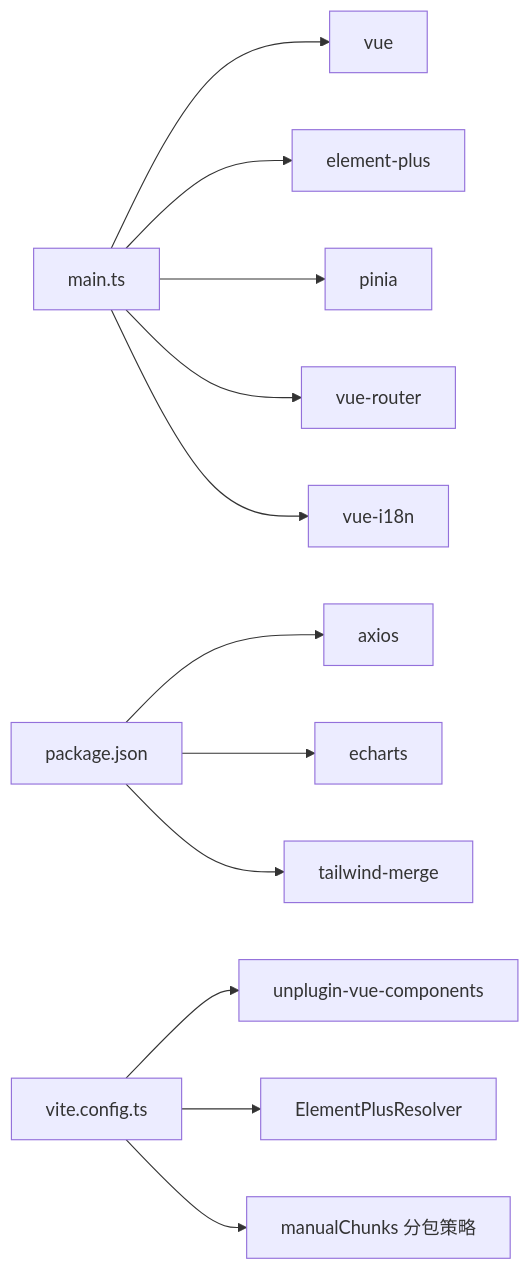
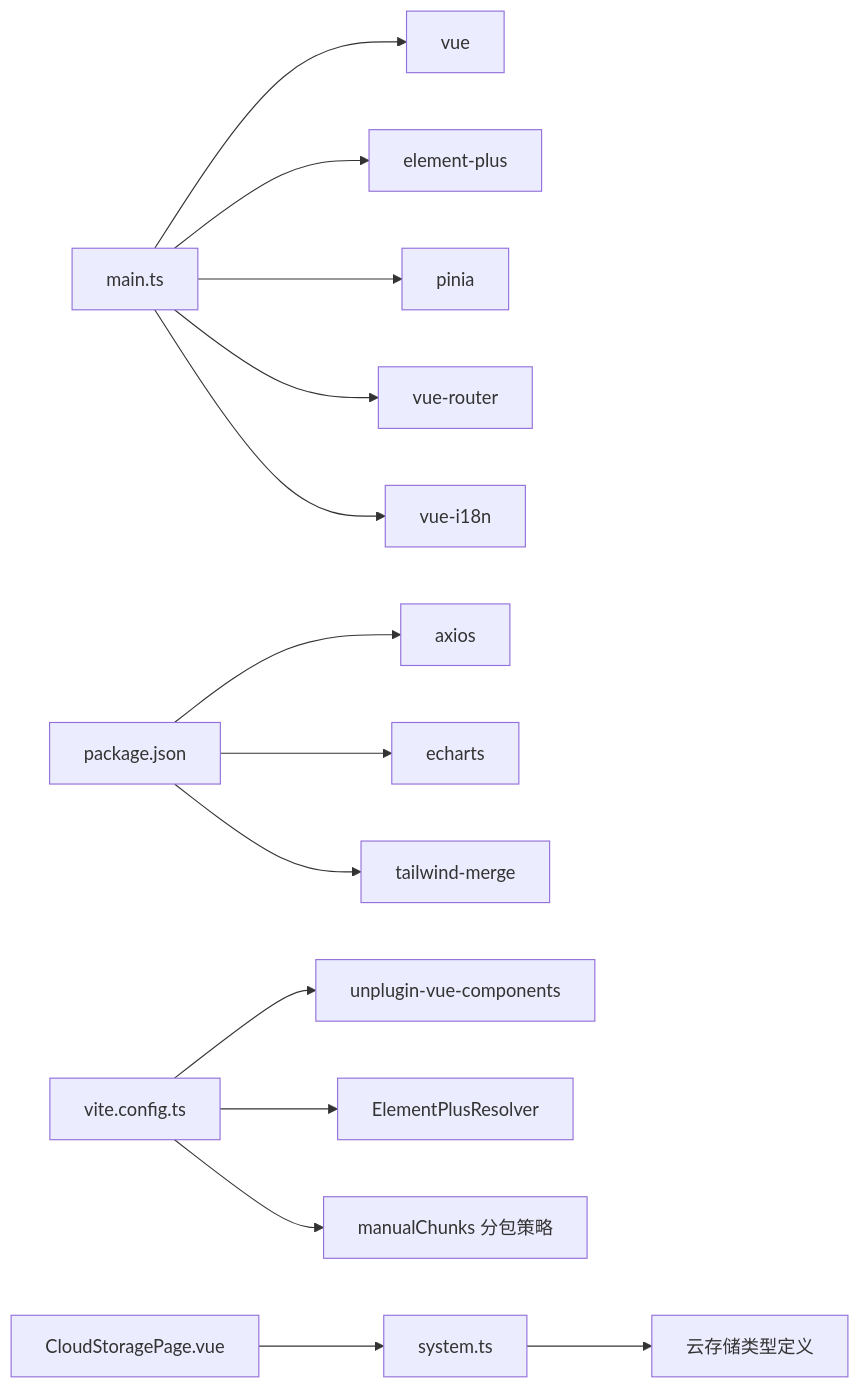
Diagram 15 of 15 in .qoder/repowiki/zh/content/前端多端架构/PC 管理后台（frontend-admin-pro）.md (likele001/cenkor_mes), drawn with Mermaid before and after one commit. The commit also changed other lines of this file and 478 other files, not shown here.

````diff
--- a/.qoder/repowiki/zh/content/前端多端架构/PC 管理后台（frontend-admin-pro）.md
+++ b/.qoder/repowiki/zh/content/前端多端架构/PC 管理后台（frontend-admin-pro）.md
@@ -449,14 +534,16 @@
 ```mermaid
 graph LR
 Main["main.ts"] --> Vue["vue"]
 Main --> ElementPlus["element-plus"]
 Main --> Pinia["pinia"]
 Main --> Router["vue-router"]
 Main --> I18n["vue-i18n"]
 Package["package.json"] --> Axios["axios"]
 Package --> ECharts["echarts"]
 Package --> TailwindMerge["tailwind-merge"]
 Vite["vite.config.ts"] --> Components["unplugin-vue-components"]
 Vite --> Resolvers["ElementPlusResolver"]
 Vite --> ManualChunks["manualChunks 分包策略"]
+CloudPage["CloudStoragePage.vue"] --> SystemAPI["system.ts"]
+SystemAPI --> CloudTypes["云存储类型定义"]
 ```
````
